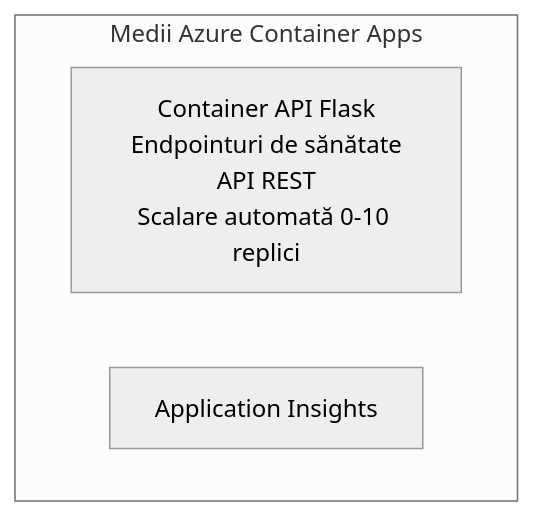
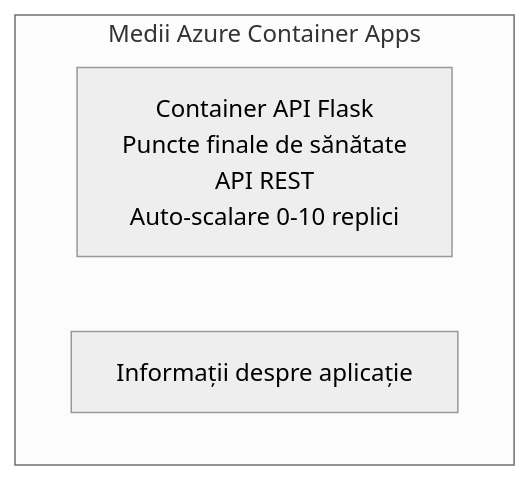
One commit to microsoft/AZD-for-beginners changed the diagram in translations/ro/examples/container-app/simple-flask-api/README.md. Above: the diagram before and after it, drawn with Mermaid (neutral theme). The commit also changed other lines of this file and 104 other files, not shown here.

````diff
--- a/translations/ro/examples/container-app/simple-flask-api/README.md
+++ b/translations/ro/examples/container-app/simple-flask-api/README.md
@@ -26,7 +26,7 @@
 ```mermaid
 graph TD
     subgraph ACA[Medii Azure Container Apps]
-        Flask[Container API Flask<br/>Endpointuri de sănătate<br/>API REST<br/>Scalare automată 0-10 replici]
-        AppInsights[Application Insights]
+        Flask[Container API Flask<br/>Puncte finale de sănătate<br/>API REST<br/>Auto-scalare 0-10 replici]
+        AppInsights[Informații despre aplicație]
     end
 ```
````
